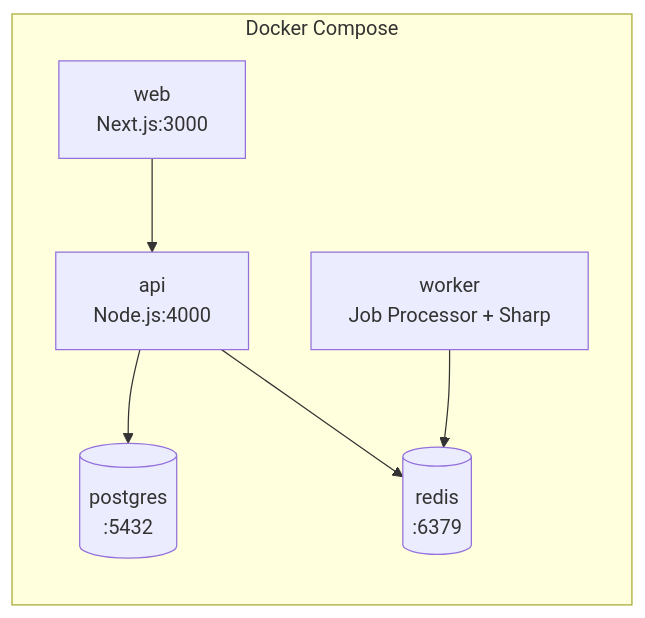
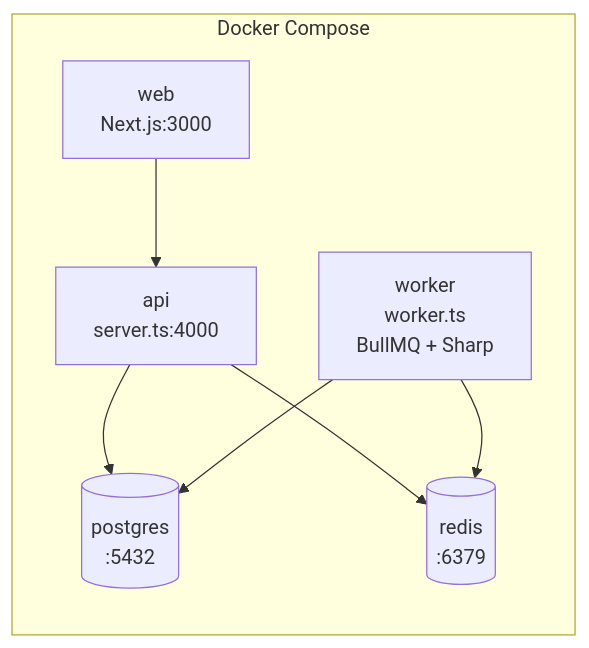
The second of 4 diagrams in docs/TRD.md (sangwopark19/icons-ai-mockup), drawn with Mermaid before and after one commit. The commit also changed other lines of this file and 7 other files, not shown here.

````diff
--- a/docs/TRD.md
+++ b/docs/TRD.md
@@ -58,15 +62,16 @@
 ```mermaid
 flowchart LR
     subgraph docker [Docker Compose]
         Web[web<br/>Next.js:3000]
-        Api[api<br/>Node.js:4000]
-        Worker[worker<br/>Job Processor + Sharp]
+        Api[api<br/>server.ts:4000]
+        Worker[worker<br/>worker.ts<br/>BullMQ + Sharp]
         PG[(postgres<br/>:5432)]
         RD[(redis<br/>:6379)]
     end
-    
+
     Web --> Api
     Api --> PG
     Api --> RD
     Worker --> RD
+    Worker --> PG
 ```
````
